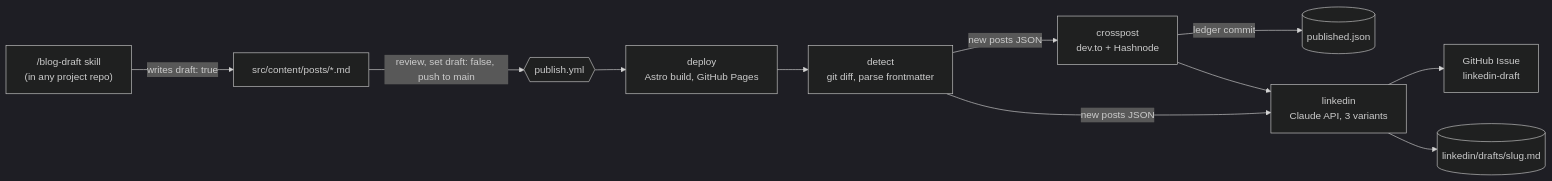
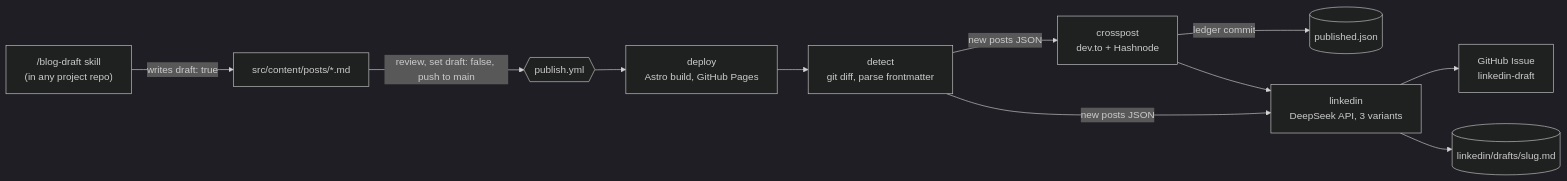
Before and after one commit to Aqeel-Ryan/Aqeel-Ryan.github.io: the diagram in README.md, drawn with Mermaid (dark theme). The commit also changed other lines of this file and 5 other files, not shown here.

Commit message:
Use DeepSeek for LinkedIn drafts

````diff
--- a/README.md
+++ b/README.md
@@ -7,13 +7,13 @@
 ```mermaid
 flowchart LR
   A["/blog-draft skill<br/>(in any project repo)"] -->|writes draft: true| B[src/content/posts/*.md]
   B -->|review, set draft: false, push to main| C{{publish.yml}}
   C --> D[deploy<br/>Astro build, GitHub Pages]
   D --> E[detect<br/>git diff, parse frontmatter]
   E -->|new posts JSON| F[crosspost<br/>dev.to + Hashnode]
   F -->|ledger commit| G[(published.json)]
-  F --> H[linkedin<br/>Claude API, 3 variants]
+  F --> H[linkedin<br/>DeepSeek API, 3 variants]
   E -->|new posts JSON| H
   H --> I[GitHub Issue<br/>linkedin-draft]
   H --> J[(linkedin/drafts/slug.md)]
 ```
````
